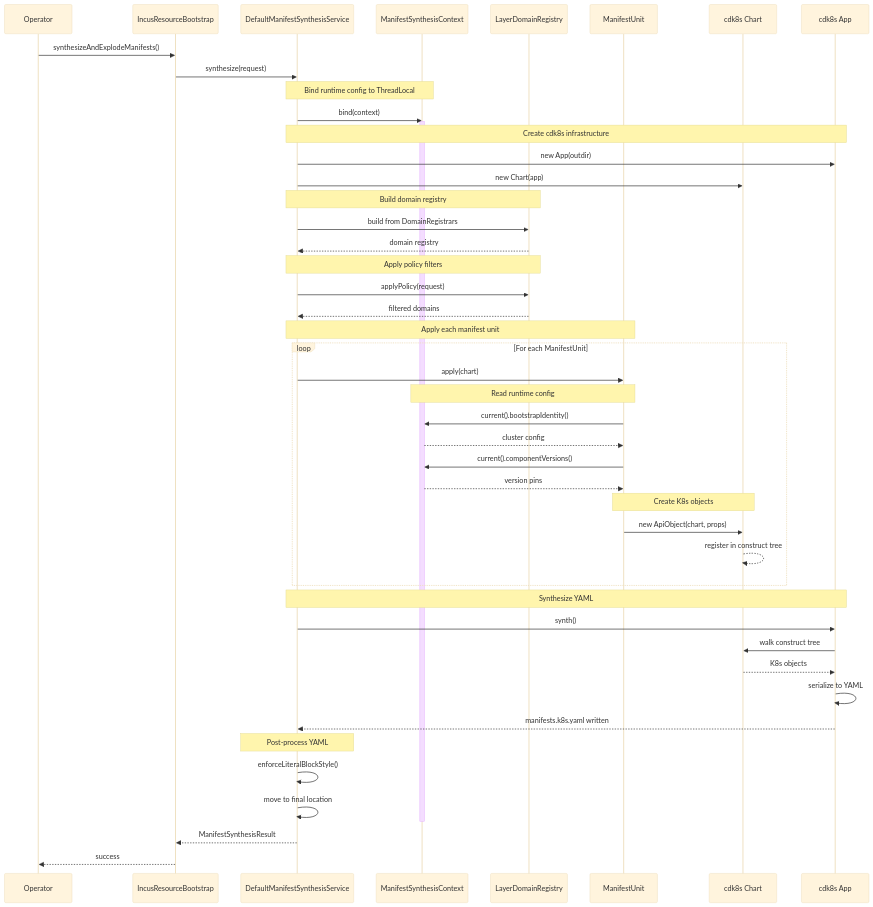
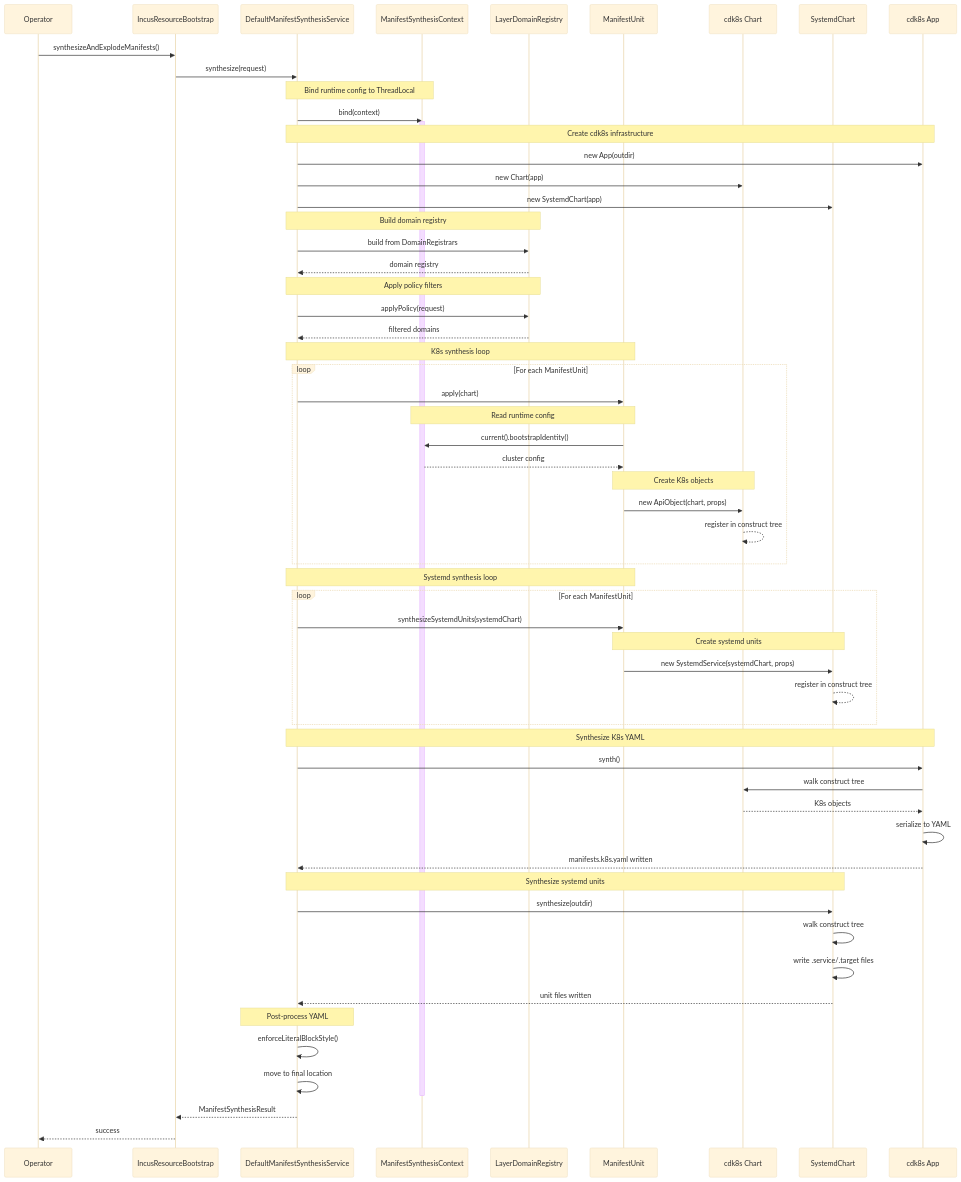
One commit to nxmatic/rke2lab changed the second of 2 diagrams in docs/manifest-synthesis-architecture.adoc. Above: the diagram before and after it, drawn with Mermaid (base theme). The commit also changed other lines of this file and 3 other files, not shown here.

First line of the commit message:
feat(manifests): integrate systemd synthesis into unified layer architecture

```diff
--- a/docs/manifest-synthesis-architecture.adoc
+++ b/docs/manifest-synthesis-architecture.adoc
@@ -94,61 +109,76 @@
 [mermaid]
 ----
 sequenceDiagram
     participant Op as Operator
     participant Boot as IncusResourceBootstrap
     participant Svc as DefaultManifestSynthesisService
     participant Ctx as ManifestSynthesisContext
     participant Reg as LayerDomainRegistry
     participant Unit as ManifestUnit
     participant Chart as cdk8s Chart
+    participant SysChart as SystemdChart
     participant App as cdk8s App
 
     Op->>Boot: synthesizeAndExplodeManifests()
     Boot->>Svc: synthesize(request)
 
     Note over Svc,Ctx: Bind runtime config to ThreadLocal
     Svc->>Ctx: bind(context)
     activate Ctx
 
     Note over Svc,App: Create cdk8s infrastructure
     Svc->>App: new App(outdir)
     Svc->>Chart: new Chart(app)
+    Svc->>SysChart: new SystemdChart(app)
 
     Note over Svc,Reg: Build domain registry
     Svc->>Reg: build from DomainRegistrars
     Reg-->>Svc: domain registry
 
     Note over Svc,Reg: Apply policy filters
     Svc->>Reg: applyPolicy(request)
     Reg-->>Svc: filtered domains
 
-    Note over Svc,Unit: Apply each manifest unit
+    Note over Svc,Unit: K8s synthesis loop
     loop For each ManifestUnit
         Svc->>Unit: apply(chart)
 
         Note over Unit,Ctx: Read runtime config
         Unit->>Ctx: current().bootstrapIdentity()
         Ctx-->>Unit: cluster config
-        Unit->>Ctx: current().componentVersions()
-        Ctx-->>Unit: version pins
 
         Note over Unit,Chart: Create K8s objects
         Unit->>Chart: new ApiObject(chart, props)
         Chart-->>Chart: register in construct tree
     end
 
-    Note over Svc,App: Synthesize YAML
+    Note over Svc,Unit: Systemd synthesis loop
+    loop For each ManifestUnit
+        Svc->>Unit: synthesizeSystemdUnits(systemdChart)
+
+        Note over Unit,SysChart: Create systemd units
+        Unit->>SysChart: new SystemdService(systemdChart, props)
+        SysChart-->>SysChart: register in construct tree
+    end
+
+    Note over Svc,App: Synthesize K8s YAML
     Svc->>App: synth()
     App->>Chart: walk construct tree
     Chart-->>App: K8s objects
     App->>App: serialize to YAML
     App-->>Svc: manifests.k8s.yaml written
+
+    Note over Svc,SysChart: Synthesize systemd units
+    Svc->>SysChart: synthesize(outdir)
+    SysChart->>SysChart: walk construct tree
+    SysChart->>SysChart: write .service/.target files
+    SysChart-->>Svc: unit files written
 
     Note over Svc: Post-process YAML
     Svc->>Svc: enforceLiteralBlockStyle()
     Svc->>Svc: move to final location
 
     deactivate Ctx
     Svc-->>Boot: ManifestSynthesisResult
     Boot-->>Op: success
 ----
```
